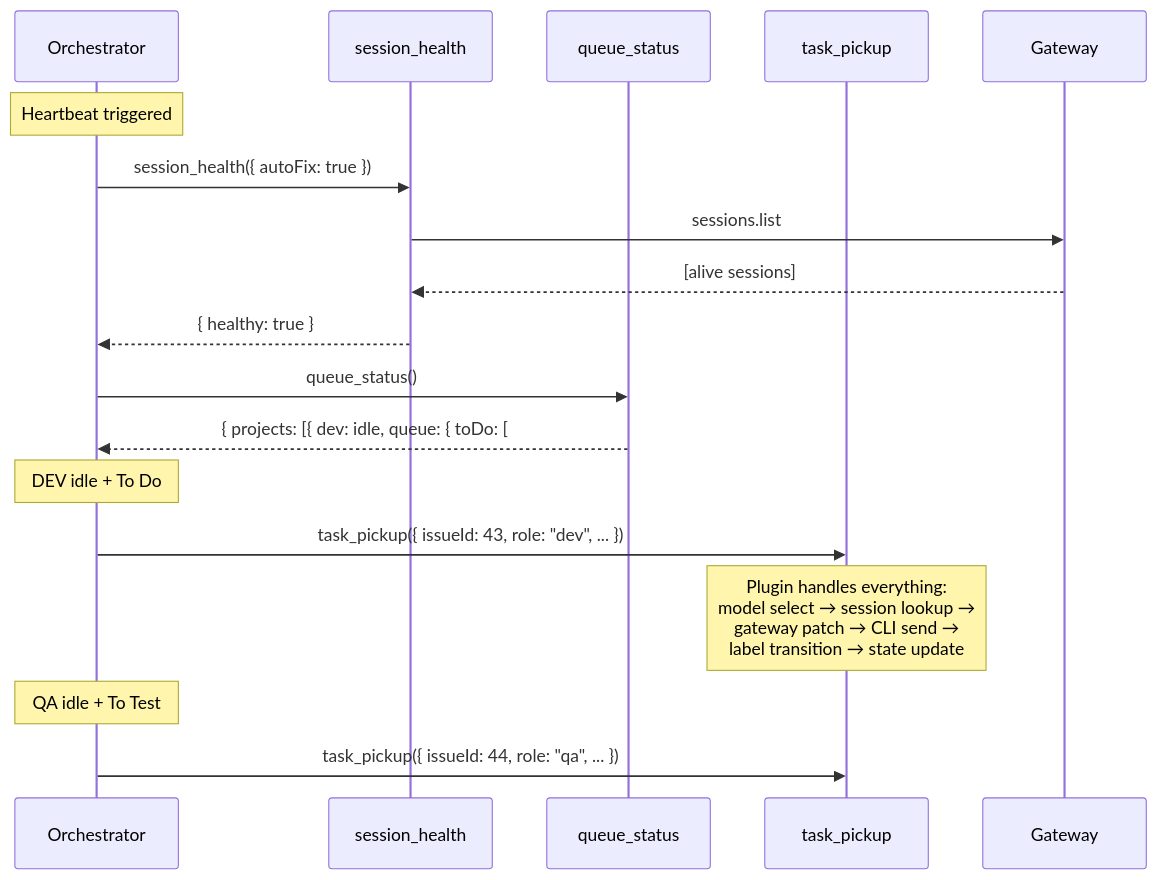
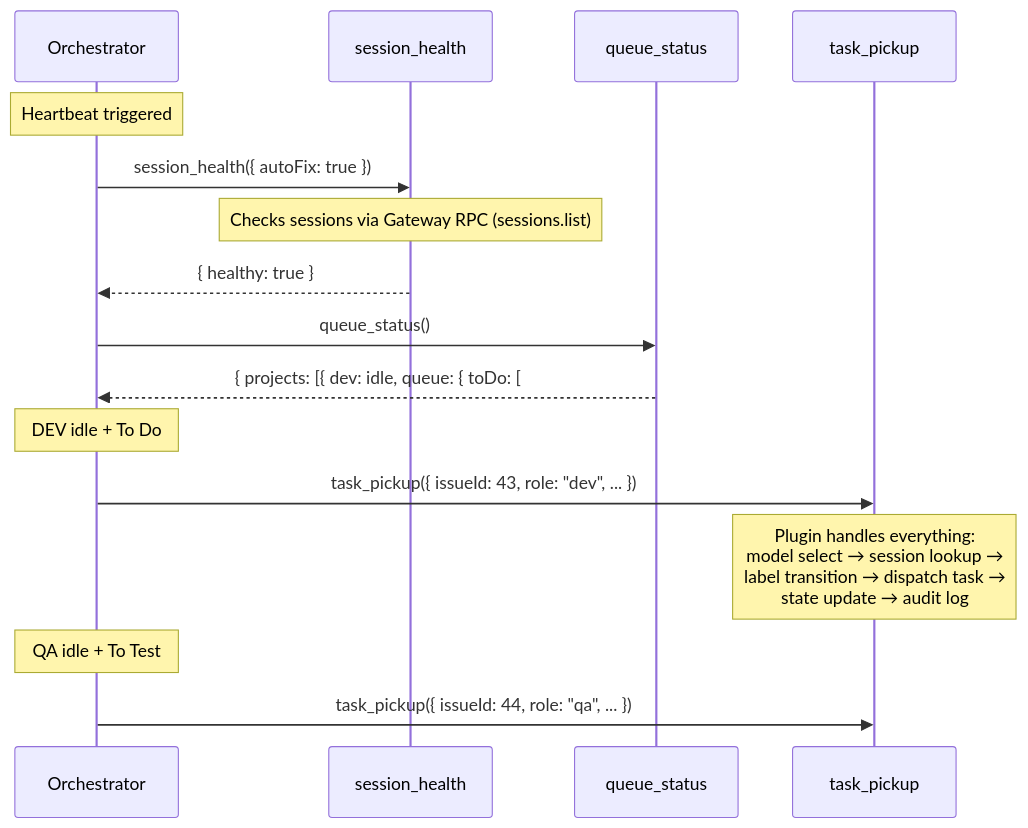
The ninth of 10 diagrams in docs/ARCHITECTURE.md (StrongheartedX/devclaw), drawn with Mermaid before and after one commit. The commit also changed other lines of this file and 2 other files, not shown here.

Commit message:
Refine session management terminology and clarify plugin-controlled lifecycle in documentation

````diff
--- a/docs/ARCHITECTURE.md
+++ b/docs/ARCHITECTURE.md
@@ -382,25 +389,22 @@
 ```mermaid
 sequenceDiagram
     participant A as Orchestrator
     participant SH as session_health
     participant QS as queue_status
     participant TP as task_pickup
-    participant GW as Gateway
-
     Note over A: Heartbeat triggered
 
     A->>SH: session_health({ autoFix: true })
-    SH->>GW: sessions.list
-    GW-->>SH: [alive sessions]
+    Note over SH: Checks sessions via Gateway RPC (sessions.list)
     SH-->>A: { healthy: true }
 
     A->>QS: queue_status()
     QS-->>A: { projects: [{ dev: idle, queue: { toDo: [#43], toTest: [#44] } }] }
 
     Note over A: DEV idle + To Do #43 → pick up
     A->>TP: task_pickup({ issueId: 43, role: "dev", ... })
-    Note over TP: Plugin handles everything:<br/>model select → session lookup →<br/>gateway patch → CLI send →<br/>label transition → state update
+    Note over TP: Plugin handles everything:<br/>model select → session lookup →<br/>label transition → dispatch task →<br/>state update → audit log
 
     Note over A: QA idle + To Test #44 → pick up
     A->>TP: task_pickup({ issueId: 44, role: "qa", ... })
 ```
````
